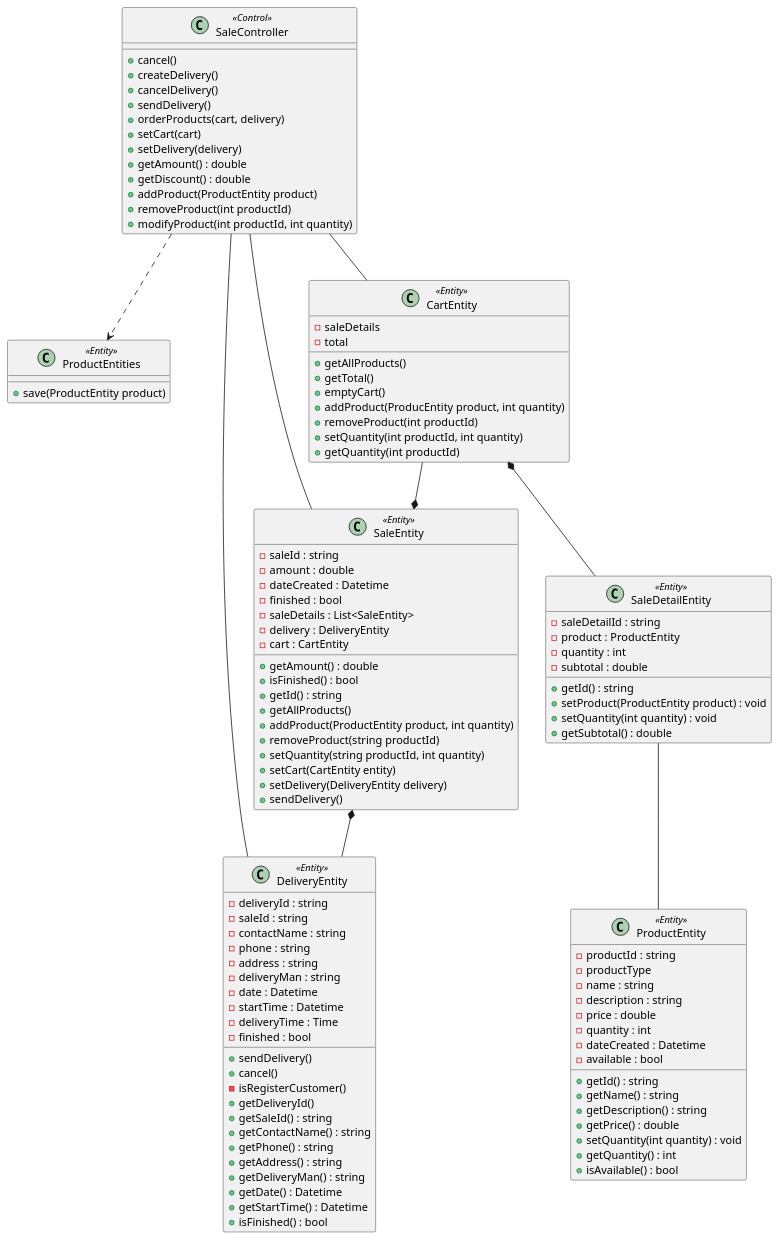
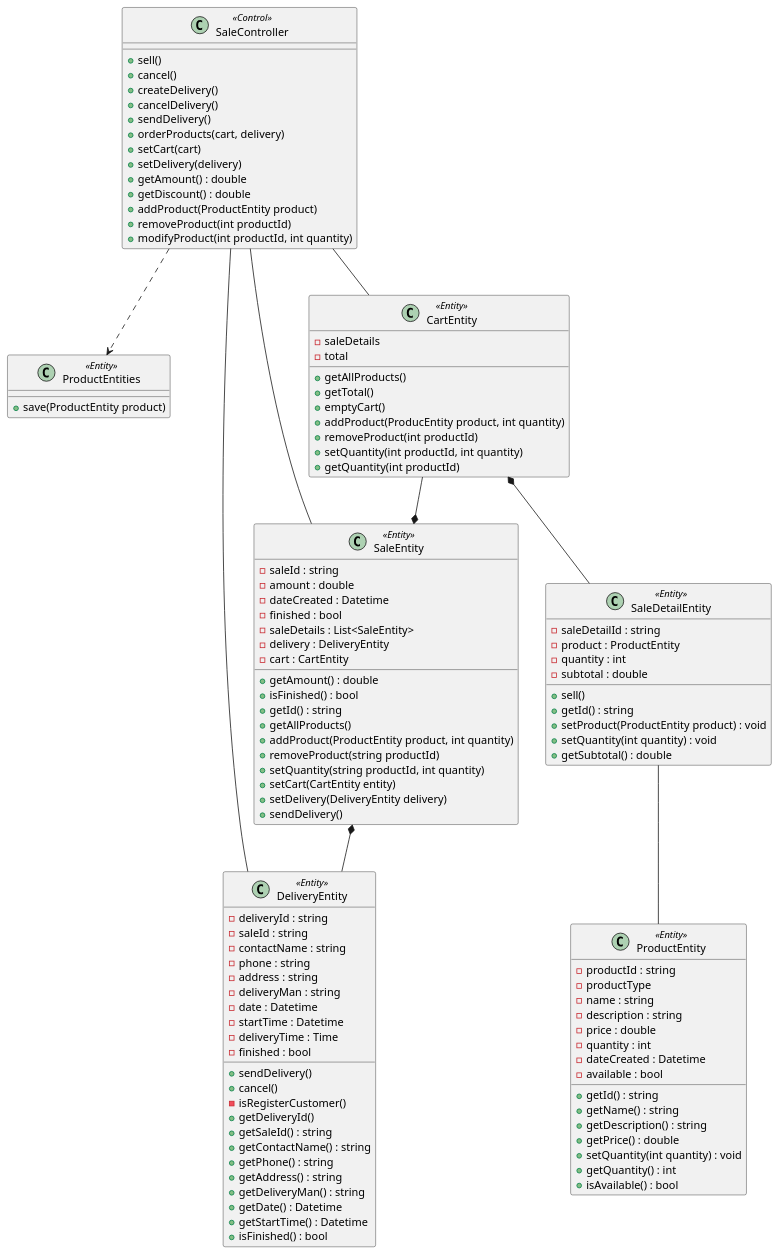
Before and after one commit to Kenny-Tinoco/galy-studio-web-system.doc: the diagram in DesignView/AnalysisView/ClassAnalysis/Controllers/SaleController.AnalysisClasses.puml, drawn with PlantUML. The commit also changed 4 other files, not shown here.

```diff
--- a/DesignView/AnalysisView/ClassAnalysis/Controllers/SaleController.AnalysisClasses.puml
+++ b/DesignView/AnalysisView/ClassAnalysis/Controllers/SaleController.AnalysisClasses.puml
@@ -1,128 +1,130 @@
 @startuml
 skinparam BackgroundColor transparent
 
 SaleController ..> ProductEntities
 SaleController -- CartEntity
 SaleController -- SaleEntity
 SaleController -- DeliveryEntity
 CartEntity --* SaleEntity
 CartEntity *-- SaleDetailEntity
 SaleEntity *-- DeliveryEntity
 SaleDetailEntity -- ProductEntity
 
 class SaleController <<Control>>
 {
+    +sell()
     +cancel()
     +createDelivery()
     +cancelDelivery()
     +sendDelivery()
     +orderProducts(cart, delivery)
     +setCart(cart)
     +setDelivery(delivery)
     +getAmount() : double
     +getDiscount() : double
     +addProduct(ProductEntity product)
     +removeProduct(int productId)
     +modifyProduct(int productId, int quantity)
 }
 
 class ProductEntities <<Entity>>
 {
     +save(ProductEntity product)
 }
 
 class CartEntity <<Entity>>
 {
     -saleDetails
     -total
     +getAllProducts()
     +getTotal()
     +emptyCart()
     +addProduct(ProducEntity product, int quantity)
     +removeProduct(int productId)
     +setQuantity(int productId, int quantity)
     +getQuantity(int productId)
 }
 
 class SaleDetailEntity <<Entity>>
 {
     -saleDetailId : string
     -product : ProductEntity
     -quantity : int
     -subtotal : double
+    +sell()
     +getId() : string
     +setProduct(ProductEntity product) : void
     +setQuantity(int quantity) : void
     +getSubtotal() : double
 }
 
 class ProductEntity <<Entity>>
 {
     -productId : string
     -productType
     -name : string
     -description : string
     -price : double
     -quantity : int
     -dateCreated : Datetime
     -available : bool
 
     +getId() : string
     +getName() : string
     +getDescription() : string
     +getPrice() : double
     +setQuantity(int quantity) : void
     +getQuantity() : int
     +isAvailable() : bool
 }
 
 class SaleEntity <<Entity>>
 {
     -saleId : string
     -amount : double
     -dateCreated : Datetime
     -finished : bool
     -saleDetails : List<SaleEntity>
     -delivery : DeliveryEntity
     -cart : CartEntity
 
     +getAmount() : double
     +isFinished() : bool
     +getId() : string
     +getAllProducts()
     +addProduct(ProductEntity product, int quantity)
     +removeProduct(string productId)
     +setQuantity(string productId, int quantity)
     +setCart(CartEntity entity)
     +setDelivery(DeliveryEntity delivery)
     +sendDelivery()
 }
 
 class DeliveryEntity <<Entity>>
 {
     -deliveryId : string
     -saleId : string
     -contactName : string
     -phone : string
     -address : string
     -deliveryMan : string
     -date : Datetime
     -startTime : Datetime
     -deliveryTime : Time
     -finished : bool
 
     +sendDelivery()
     +cancel()
     -isRegisterCustomer()
     +getDeliveryId()
     +getSaleId() : string
     +getContactName() : string
     +getPhone() : string
     +getAddress() : string
     +getDeliveryMan() : string
     +getDate() : Datetime
     +getStartTime() : Datetime
     +isFinished() : bool
 }
 
 @enduml
```
